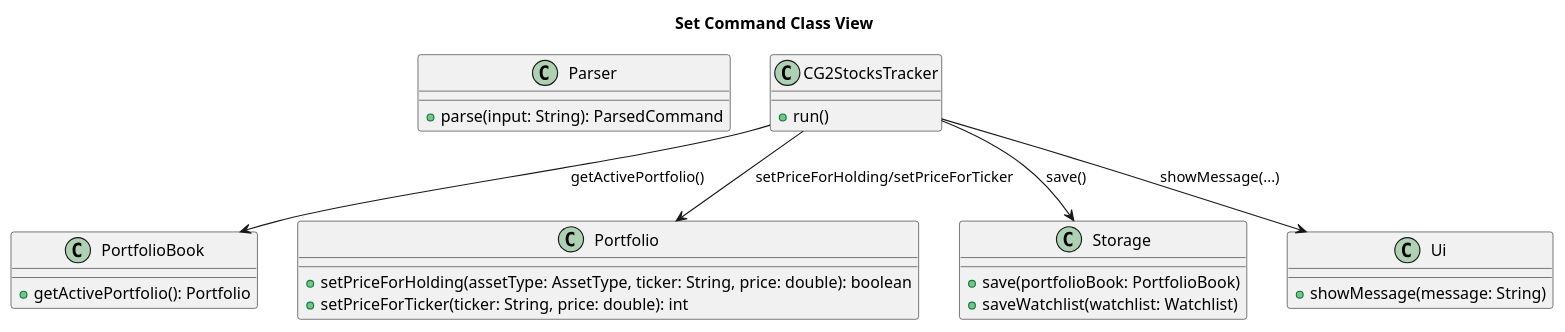
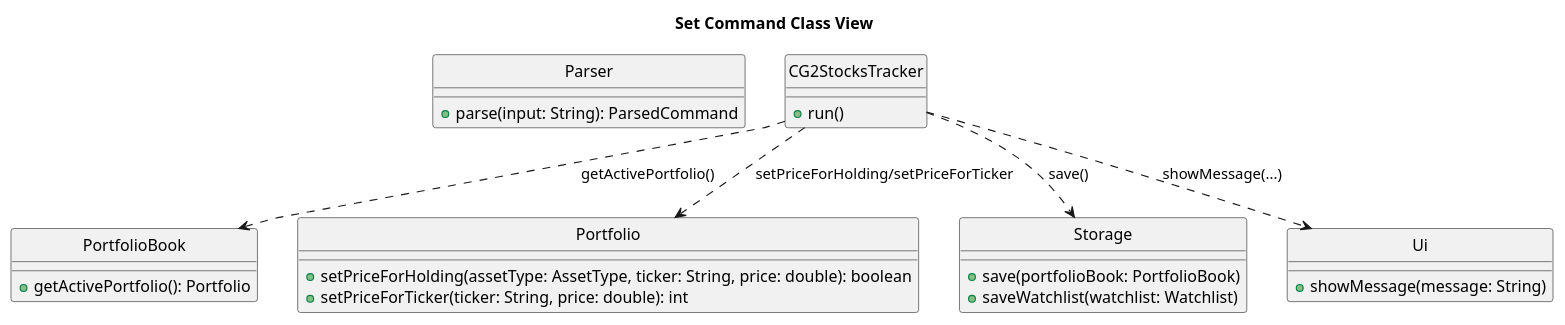
The diagram in docs/diagrams/UML/set-command-class.puml (zenweilow/tp), drawn with PlantUML before and after one commit. The commit also changed 26 other files, not shown here.

Commit message:
Fix colon in sequence diagrams, C in class diagrams

```diff
--- a/docs/diagrams/UML/set-command-class.puml
+++ b/docs/diagrams/UML/set-command-class.puml
@@ -2,34 +2,35 @@
 @startuml
 title Set Command Class View
+hide circle
 
 class Parser {
   + parse(input: String): ParsedCommand
 }
 
 class CG2StocksTracker {
   + run()
 }
 
 class PortfolioBook {
   + getActivePortfolio(): Portfolio
 }
 
 class Portfolio {
   + setPriceForHolding(assetType: AssetType, ticker: String, price: double): boolean
   + setPriceForTicker(ticker: String, price: double): int
 }
 
 class Storage {
   + save(portfolioBook: PortfolioBook)
   + saveWatchlist(watchlist: Watchlist)
 }
 
 class Ui {
   + showMessage(message: String)
 }
 
-CG2StocksTracker --> PortfolioBook : getActivePortfolio()
-CG2StocksTracker --> Portfolio : setPriceForHolding/setPriceForTicker
-CG2StocksTracker --> Storage : save()
-CG2StocksTracker --> Ui : showMessage(...)
+CG2StocksTracker ..> PortfolioBook : getActivePortfolio()
+CG2StocksTracker ..> Portfolio : setPriceForHolding/setPriceForTicker
+CG2StocksTracker ..> Storage : save()
+CG2StocksTracker ..> Ui : showMessage(...)
 @enduml
```
